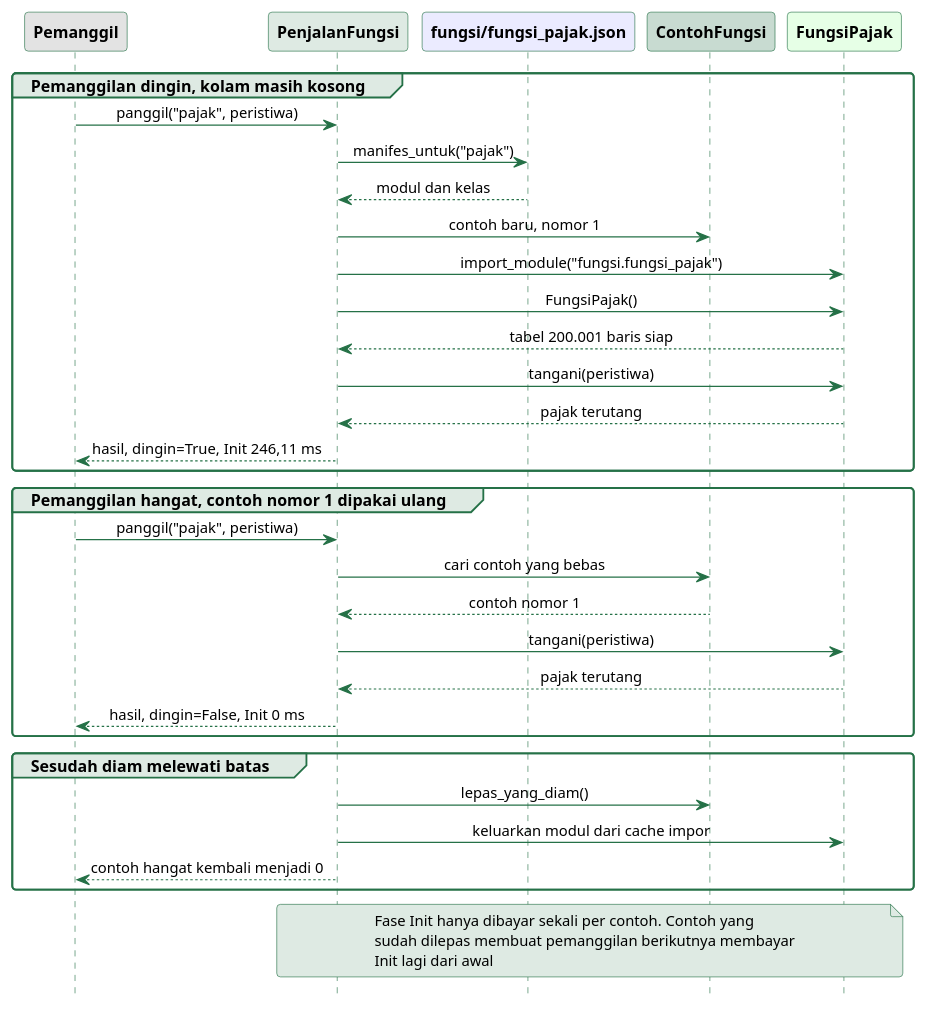
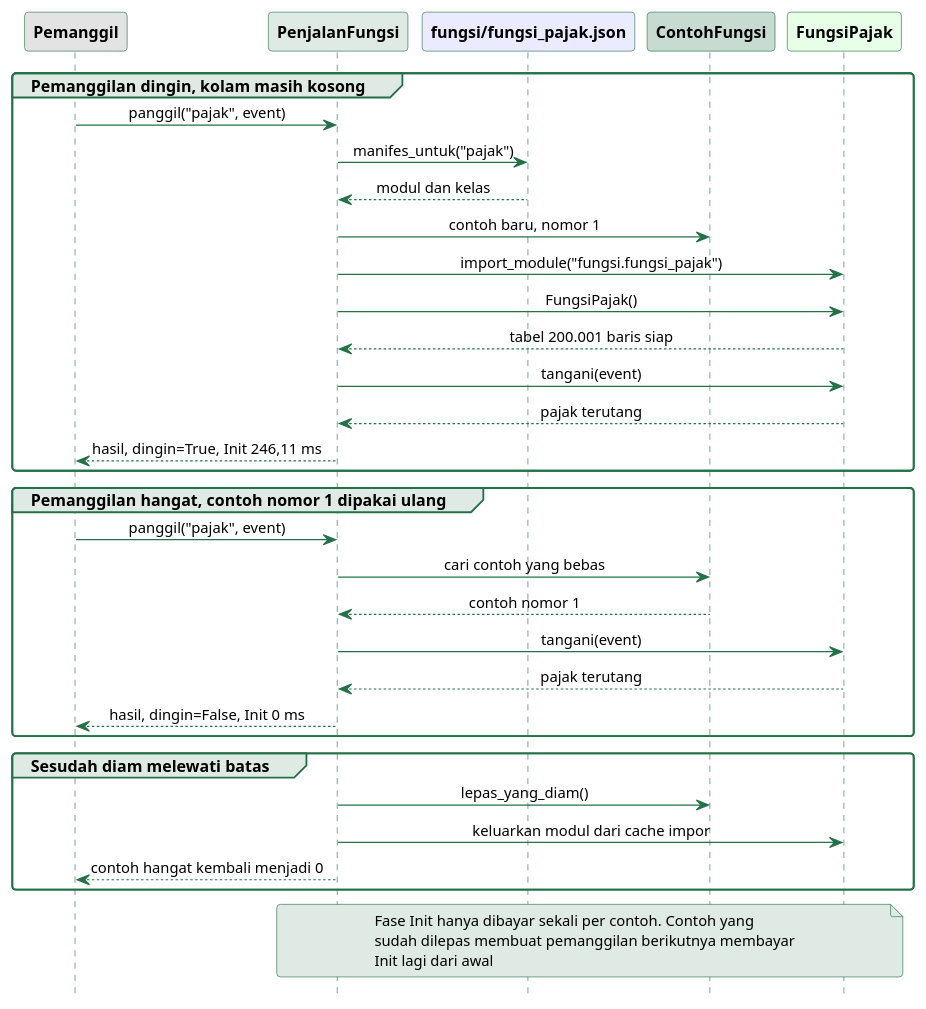
One commit to alfa-yohannis/software-architecture changed the diagram in sources/chapter14/diagram/sekuens-serverless.puml. Above: the diagram before and after it, drawn with PlantUML. The commit also changed 23 other files, not shown here.

```diff
--- a/sources/chapter14/diagram/sekuens-serverless.puml
+++ b/sources/chapter14/diagram/sekuens-serverless.puml
@@ -13,66 +13,66 @@
 @startuml
 skinparam backgroundColor transparent
 skinparam defaultFontName Titillium Web
 skinparam defaultFontSize 13
 skinparam shadowing false
 skinparam roundCorner 6
 skinparam sequenceMessageAlignment center
 skinparam sequence {
   ArrowColor #257147
   ArrowFontSize 12
   LifeLineBorderColor #257147
   LifeLineBackgroundColor #DEEAE3
   ParticipantBorderColor #257147
   ParticipantFontColor black
   ParticipantFontSize 13
   ParticipantFontStyle bold
   GroupBackgroundColor #DEEAE3
   GroupBorderColor #257147
 }
 skinparam note {
   BackgroundColor #DEEAE3
   BorderColor #257147
   FontSize 12
 }
 hide footbox
 
 participant Pemanggil as U #E3E3E3
 participant PenjalanFungsi as P #DEEAE3
 participant "fungsi/fungsi_pajak.json" as M #EBEBFF
 participant ContohFungsi as C #C8DBD1
 participant FungsiPajak as F #E6FFE6
 
 group Pemanggilan dingin, kolam masih kosong
-  U -> P : panggil("pajak", peristiwa)
+  U -> P : panggil("pajak", event)
   P -> M : manifes_untuk("pajak")
   M --> P : modul dan kelas
   P -> C : contoh baru, nomor 1
   P -> F : import_module("fungsi.fungsi_pajak")
   P -> F : FungsiPajak()
   F --> P : tabel 200.001 baris siap
-  P -> F : tangani(peristiwa)
+  P -> F : tangani(event)
   F --> P : pajak terutang
   P --> U : hasil, dingin=True, Init 246,11 ms
 end
 
 group Pemanggilan hangat, contoh nomor 1 dipakai ulang
-  U -> P : panggil("pajak", peristiwa)
+  U -> P : panggil("pajak", event)
   P -> C : cari contoh yang bebas
   C --> P : contoh nomor 1
-  P -> F : tangani(peristiwa)
+  P -> F : tangani(event)
   F --> P : pajak terutang
   P --> U : hasil, dingin=False, Init 0 ms
 end
 
 group Sesudah diam melewati batas
   P -> C : lepas_yang_diam()
   P -> F : keluarkan modul dari cache impor
   P --> U : contoh hangat kembali menjadi 0
 end
 
 note over P, F
   Fase Init hanya dibayar sekali per contoh. Contoh yang
   sudah dilepas membuat pemanggilan berikutnya membayar
   Init lagi dari awal
 end note
 @enduml
```
